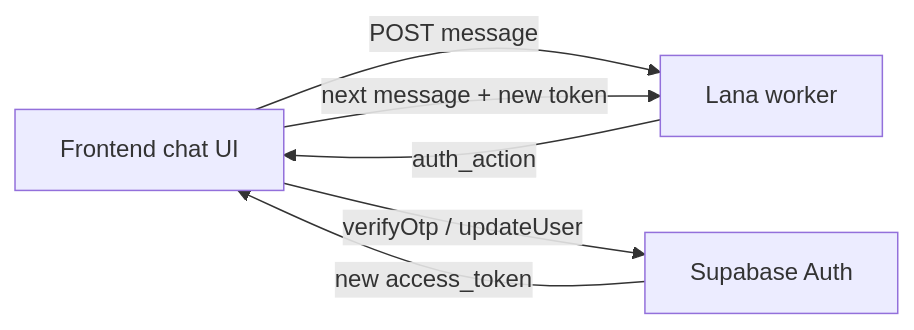
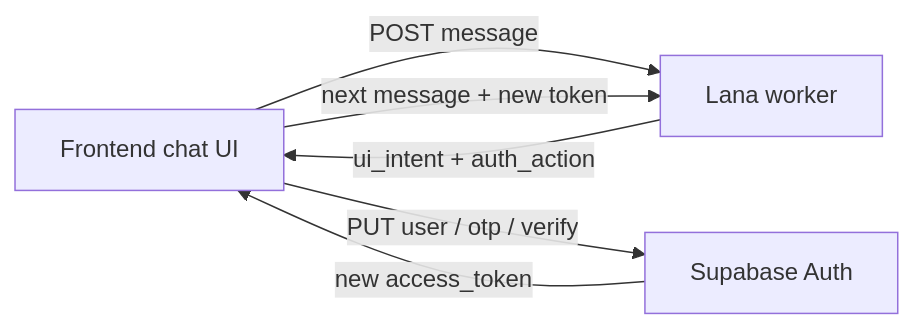
Before and after one commit to Phygtl-Inc/TagAlng-Backend: the diagram in docs/LANA_UNIFIED_DISCOVERY_FRONTEND.md, drawn with Mermaid. The commit also changed other lines of this file and 20 other files, not shown here.

````diff
--- a/docs/LANA_UNIFIED_DISCOVERY_FRONTEND.md
+++ b/docs/LANA_UNIFIED_DISCOVERY_FRONTEND.md
@@ -42,8 +43,8 @@
 ```mermaid
 flowchart LR
   FE[Frontend chat UI] -->|POST message| Lana[Lana worker]
-  Lana -->|auth_action| FE
-  FE -->|verifyOtp / updateUser| Supabase[Supabase Auth]
+  Lana -->|ui_intent + auth_action| FE
+  FE -->|PUT user / otp / verify| Supabase[Supabase Auth]
   Supabase -->|new access_token| FE
   FE -->|next message + new token| Lana
 ```
````
